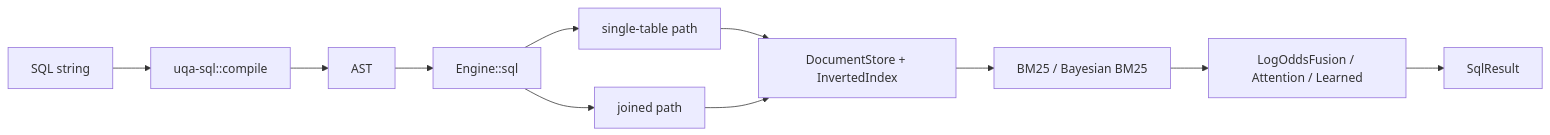
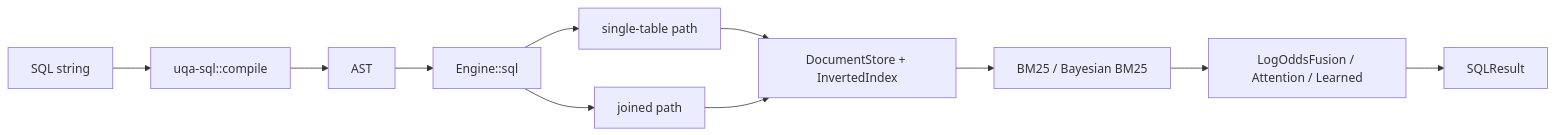
One commit to cognica-io/uqa-engine changed the second of 2 diagrams in docs/design/architecture.md. Above: the diagram before and after it, drawn with Mermaid. The commit also changed other lines of this file and 39 other files, not shown here.

````diff
--- a/docs/design/architecture.md
+++ b/docs/design/architecture.md
@@ -101,13 +101,13 @@
 ```mermaid
 flowchart LR
     SQL["SQL string"] --> Parse["uqa-sql::compile"]
     Parse --> Plan["AST"]
     Plan --> Engine["Engine::sql"]
     Engine --> SinglePath["single-table path"]
     Engine --> JoinPath["joined path"]
     SinglePath --> Storage["DocumentStore + InvertedIndex"]
     JoinPath --> Storage
     Storage --> Score["BM25 / Bayesian BM25"]
     Score --> Fuse["LogOddsFusion / Attention / Learned"]
-    Fuse --> Result["SqlResult"]
+    Fuse --> Result["SQLResult"]
 ```
````
